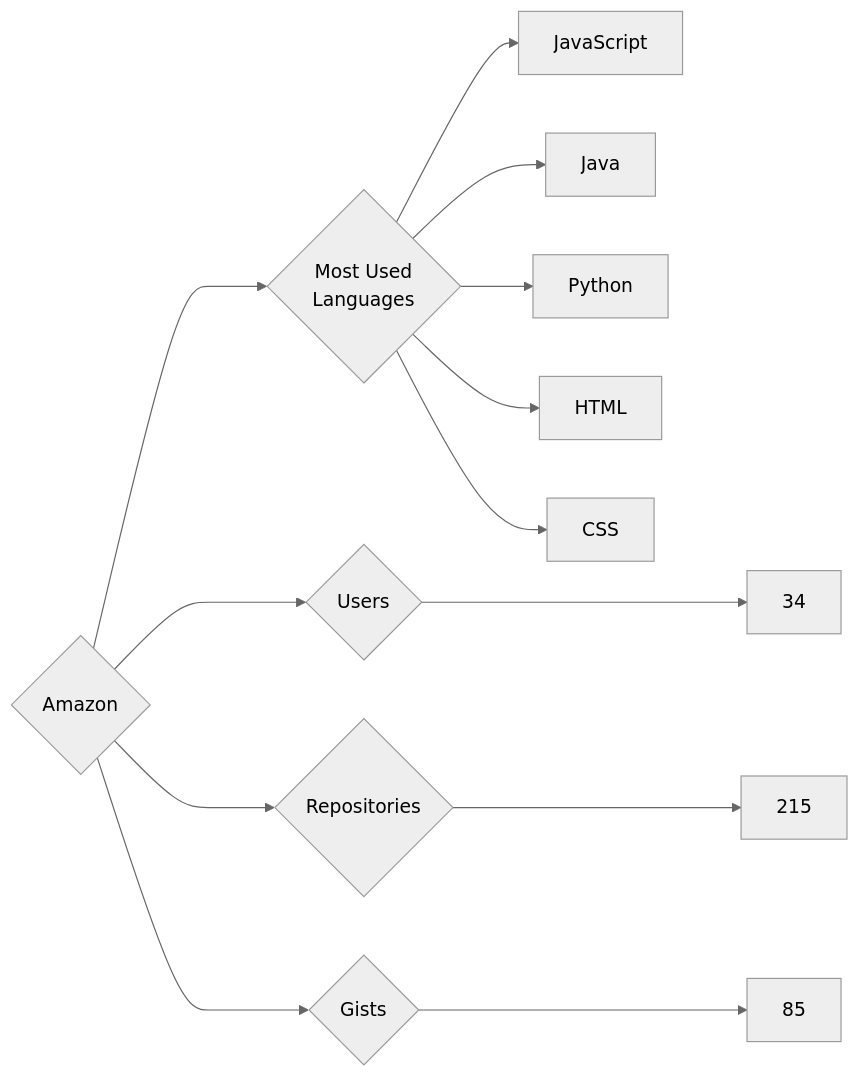
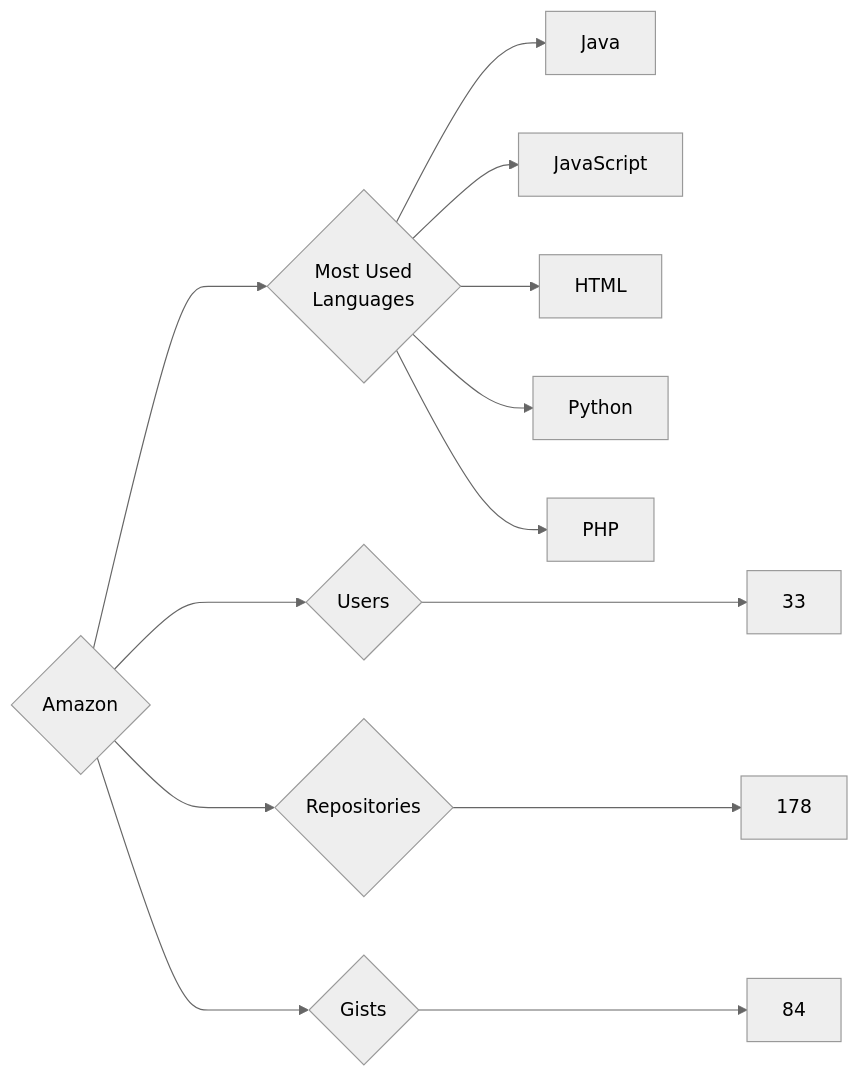
One commit to trickest/insiders changed the diagram in targets/Amazon/README.md. Above: the diagram before and after it, drawn with Mermaid (neutral theme). The commit also changed 888 other files, not shown here.

````diff
--- a/targets/Amazon/README.md
+++ b/targets/Amazon/README.md
@@ -3,13 +3,13 @@
 ```mermaid
 graph LR
 COMPANY_NAME{Amazon}
-COMPANY_NAME ---> U{Users} ---> UN[34]
-COMPANY_NAME ---> R{Repositories} ---> RN[215]
-COMPANY_NAME ---> G{Gists} ---> GN[85]
+COMPANY_NAME ---> U{Users} ---> UN[33]
+COMPANY_NAME ---> R{Repositories} ---> RN[178]
+COMPANY_NAME ---> G{Gists} ---> GN[84]
 COMPANY_NAME ---> ML{Most Used<br>Languages}
+ML --> Java[Java]
 ML --> JavaScript[JavaScript]
-ML --> Java[Java]
+ML --> HTML[HTML]
 ML --> Python[Python]
-ML --> HTML[HTML]
-ML --> CSS[CSS]
+ML --> PHP[PHP]
 ```
````
